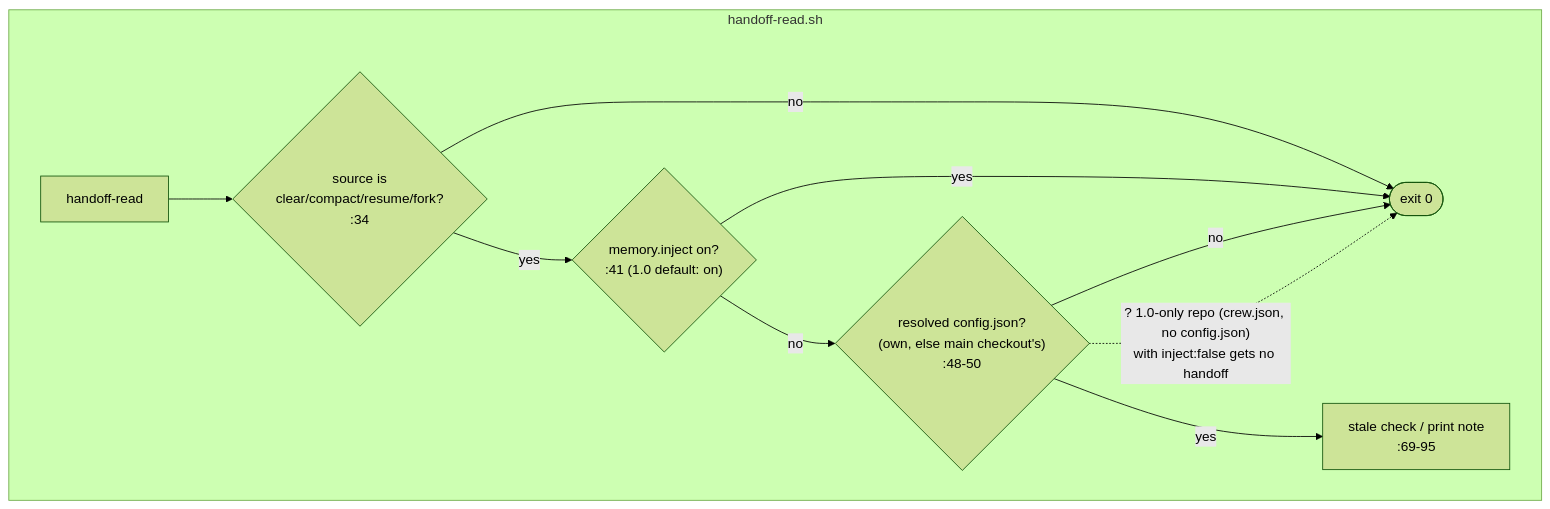
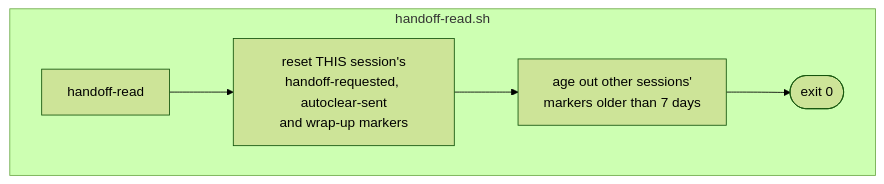
Diagram 23 of 38 in docs/diagrams/README.md (mbadali25/useful-claude-add-ons), drawn with Mermaid (forest theme) before and after one commit. The commit also changed other lines of this file and 98 other files, not shown here.

Commit message:
L-0725: docs sweep, rebuilt guides and diagrams, test fixes, migrate.md within budget

````diff
--- a/docs/diagrams/README.md
+++ b/docs/diagrams/README.md
@@ -949,15 +959,9 @@
 ```mermaid
 flowchart TB
     HR[handoff-read]
     subgraph handoffRead["handoff-read.sh"]
-        HR --> hr1{"source is<br/>clear/compact/resume/fork?<br/>:34"}
-        hr1 -- no --> hrx([exit 0])
-        hr1 -- yes --> hr2{"memory.inject on?<br/>:41 (1.0 default: on)"}
-        hr2 -- yes --> hrx
-        hr2 -- no --> hr3{"resolved config.json?<br/>(own, else main checkout's)<br/>:48-50"}
-        hr3 -- no --> hrx
-        hr3 -- yes --> hr4[stale check / print note<br/>:69-95]
+        HR --> hr1["reset THIS session's<br/>handoff-requested, autoclear-sent<br/>and wrap-up markers"]
+        hr1 --> hr2["age out other sessions'<br/>markers older than 7 days"]
+        hr2 --> hrx([exit 0])
     end
-
-    hr3 -. "? 1.0-only repo (crew.json, no config.json)<br/>with inject:false gets no handoff" .-> hrx
 ```
````
